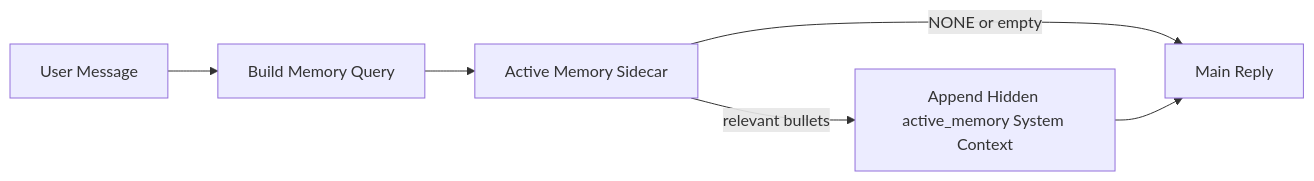
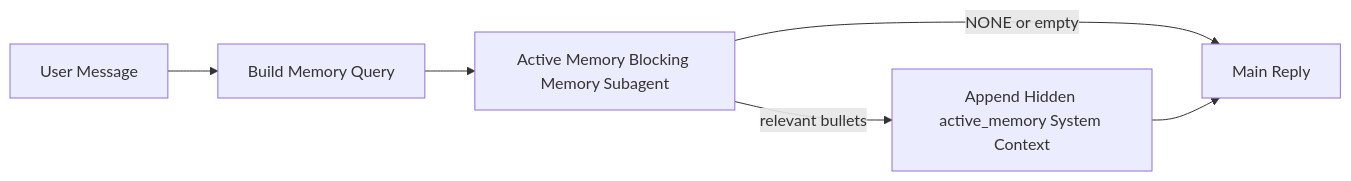
One commit to bochek/openclaw changed the diagram in docs/concepts/active-memory.md. Above: the diagram before and after it, drawn with Mermaid. The commit also changed other lines of this file and 1 other file, not shown here.

Commit message:
Rename active memory blocking subagent wording

````diff
--- a/docs/concepts/active-memory.md
+++ b/docs/concepts/active-memory.md
@@ -170,8 +170,8 @@
 ```mermaid
 flowchart LR
   U["User Message"] --> Q["Build Memory Query"]
-  Q --> R["Active Memory Sidecar"]
+  Q --> R["Active Memory Blocking Memory Subagent"]
   R -->|NONE or empty| M["Main Reply"]
   R -->|relevant bullets| I["Append Hidden active_memory System Context"]
   I --> M["Main Reply"]
 ```
````
